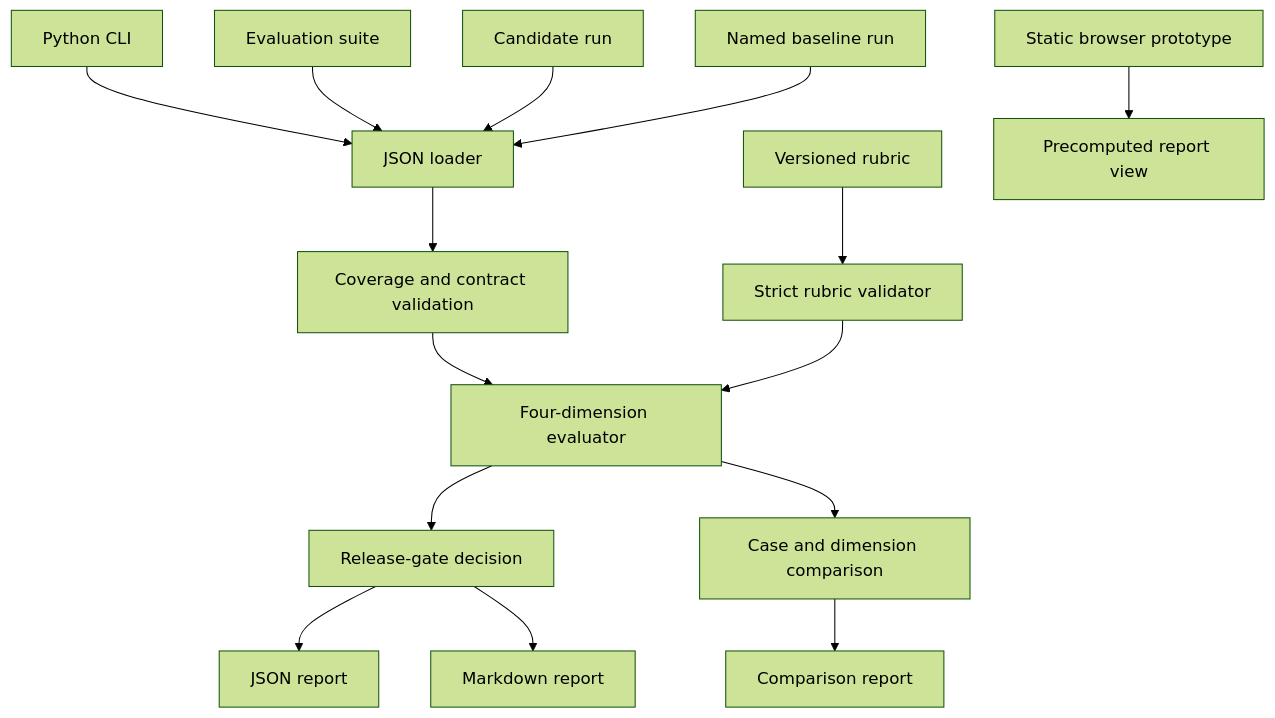
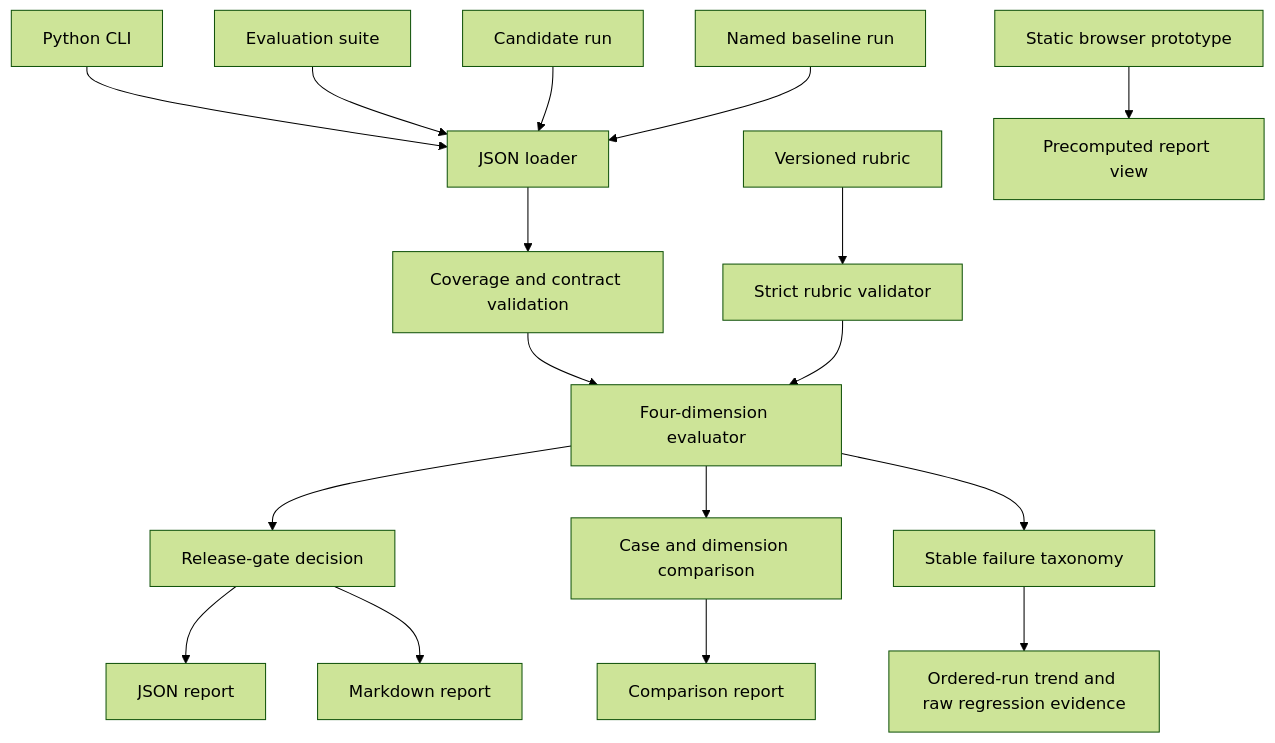
Before and after one commit to magicyao2028-pixel/ai-product-agent-evaluation-lab: the diagram in docs/ARCHITECTURE.md, drawn with Mermaid (forest theme). The commit also changed other lines of this file and 18 other files, not shown here.

Commit message:
M3-failure-taxonomy-and-ordered-run-trends

````diff
--- a/docs/ARCHITECTURE.md
+++ b/docs/ARCHITECTURE.md
@@ -13,17 +13,19 @@
 ```mermaid
 flowchart TB
     CLI[Python CLI] --> L[JSON loader]
     S[Evaluation suite] --> L
     C[Candidate run] --> L
     B[Named baseline run] --> L
     R[Versioned rubric] --> RV[Strict rubric validator]
     L --> V[Coverage and contract validation]
     V --> D[Four-dimension evaluator]
     RV --> D
     D --> G[Release-gate decision]
     G --> J[JSON report]
     G --> M[Markdown report]
     D --> CMP[Case and dimension comparison]
     CMP --> CR[Comparison report]
+    D --> TAX[Stable failure taxonomy]
+    TAX --> TR[Ordered-run trend and raw regression evidence]
     WEB[Static browser prototype] --> VIEW[Precomputed report view]
 ```
````
